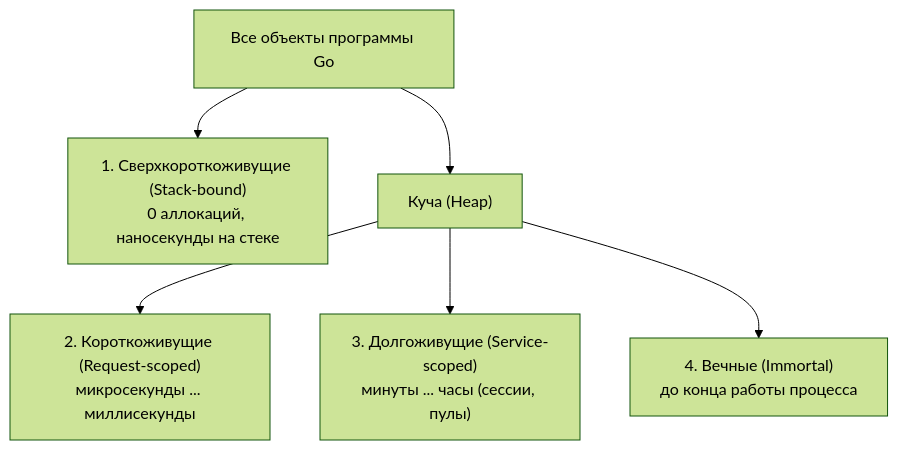
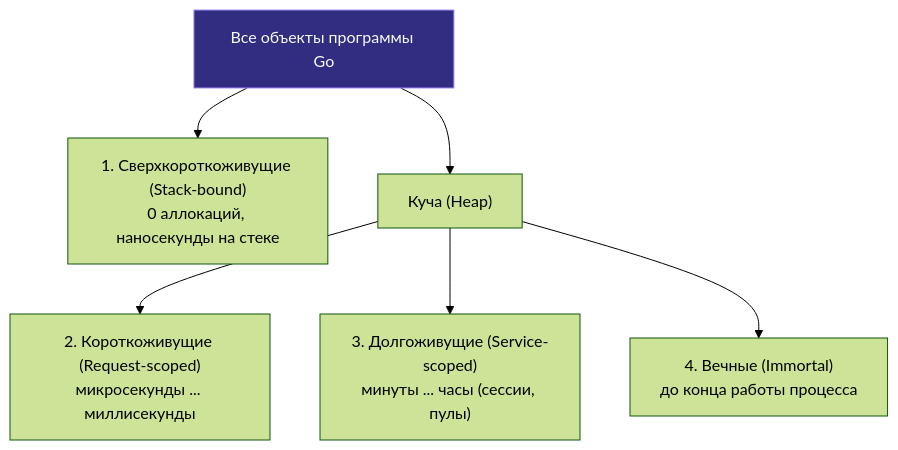
The diagram in sources/16. Профилирование, отладка и производительность/04. Memory profiling/8. Object lifetime.md (UnrealTemplier/go-textbook), drawn with Mermaid (forest theme) before and after one commit. The commit also changed 1666 other files, not shown here.

First line of the commit message:
feat(mermaid): add semantic color classDef to 1369 colorless flowchart/graph diagrams

````diff
--- a/sources/16. Профилирование, отладка и производительность/04. Memory profiling/8. Object lifetime.md
+++ b/sources/16. Профилирование, отладка и производительность/04. Memory profiling/8. Object lifetime.md
@@ -29,8 +29,18 @@
 ```mermaid
 flowchart TD
-    All["Все объекты программы Go"] --> Stack["1. Сверхкороткоживущие (Stack-bound)<br>0 аллокаций, наносекунды на стеке"]
+    classDef process  fill:#1e293b,stroke:#38bdf8,stroke-width:1px,color:#f8fafc
+    classDef success  fill:#064e3b,stroke:#34d399,stroke-width:1px,color:#f8fafc
+    classDef error    fill:#7f1d1d,stroke:#f87171,stroke-width:1px,color:#f8fafc
+    classDef warning  fill:#78350f,stroke:#fbbf24,stroke-width:1px,color:#f8fafc
+    classDef entry    fill:#1e3a5f,stroke:#38bdf8,stroke-width:2px,color:#f8fafc
+    classDef aux      fill:#334155,stroke:#64748b,stroke-width:1px,color:#f8fafc
+    classDef system   fill:#312e81,stroke:#a78bfa,stroke-width:1px,color:#f8fafc
+    classDef data     fill:#132d29,stroke:#2dd4bf,stroke-width:1px,color:#f8fafc
+    classDef network  fill:#881337,stroke:#fb7185,stroke-width:1px,color:#f8fafc
+    classDef accent   fill:#1e1b4b,stroke:#818cf8,stroke-width:1px,color:#f8fafc
+    All["Все объекты программы Go"]:::system --> Stack["1. Сверхкороткоживущие (Stack-bound)<br>0 аллокаций, наносекунды на стеке"]
     All --> Heap["Куча (Heap)"]
     Heap --> Short["2. Короткоживущие (Request-scoped)<br>микросекунды ... миллисекунды"]
     Heap --> Long["3. Долгоживущие (Service-scoped)<br>минуты ... часы (сессии, пулы)"]
     Heap --> Immortal["4. Вечные (Immortal)<br>до конца работы процесса"]
 ```
````
